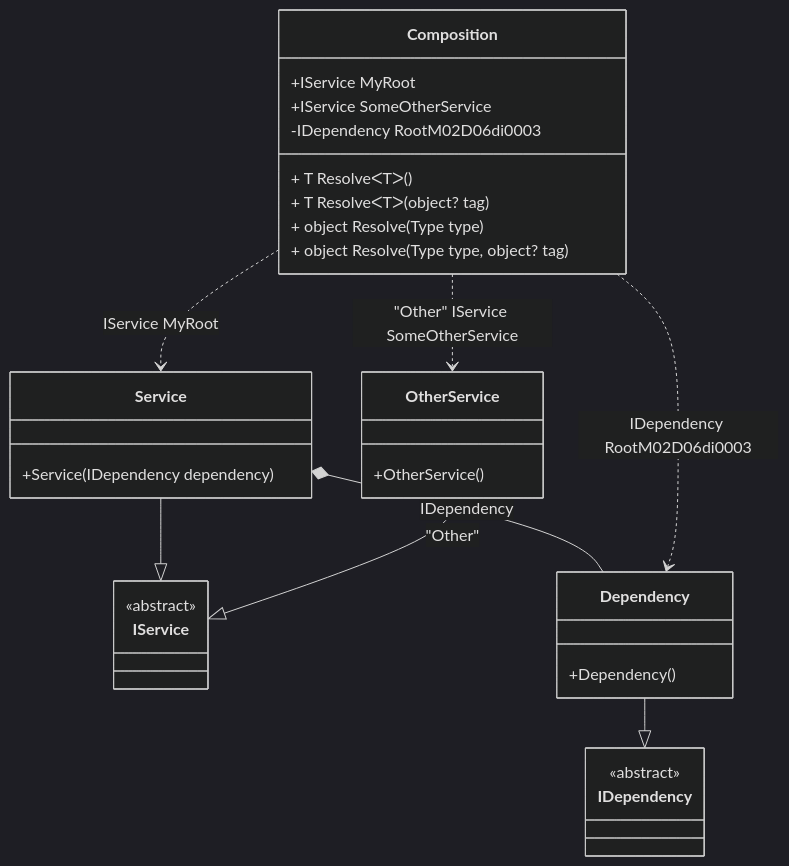
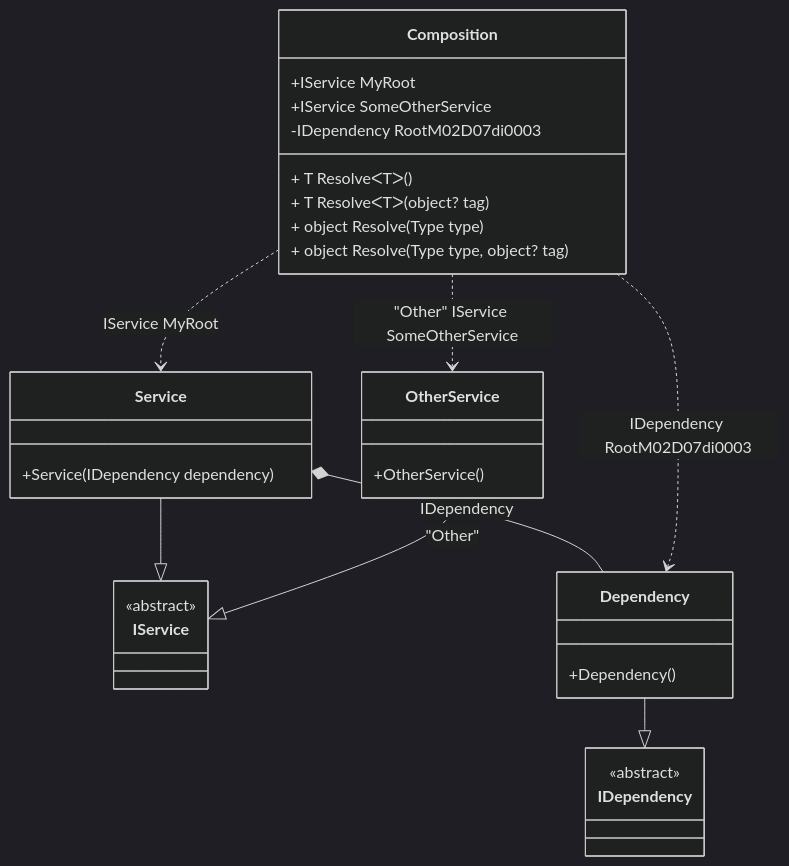
Before and after one commit to DevTeam/Pure.DI: the diagram in readme/composition-roots.md, drawn with Mermaid (dark theme). The commit also changed other lines of this file and 65 other files, not shown here.

````diff
--- a/readme/composition-roots.md
+++ b/readme/composition-roots.md
@@ -66,34 +66,34 @@
 ```mermaid
 classDiagram
   class Composition {
     +IService MyRoot
     +IService SomeOtherService
-    -IDependency RootM02D06di0003
+    -IDependency RootM02D07di0003
     + T ResolveᐸTᐳ()
     + T ResolveᐸTᐳ(object? tag)
     + object Resolve(Type type)
     + object Resolve(Type type, object? tag)
   }
   Service --|> IService : 
   class Service {
     +Service(IDependency dependency)
   }
   OtherService --|> IService : "Other" 
   class OtherService {
     +OtherService()
   }
   Dependency --|> IDependency : 
   class Dependency {
     +Dependency()
   }
   class IService {
     <<abstract>>
   }
   class IDependency {
     <<abstract>>
   }
   Service *--  Dependency : IDependency
   Composition ..> Service : IService MyRoot
   Composition ..> OtherService : "Other" IService SomeOtherService
-  Composition ..> Dependency : IDependency RootM02D06di0003
+  Composition ..> Dependency : IDependency RootM02D07di0003
 ```
````
